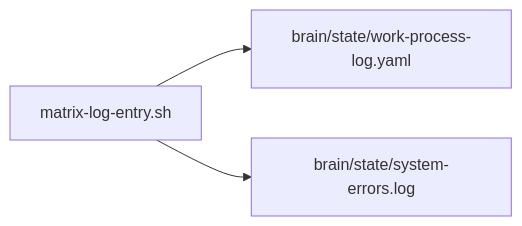
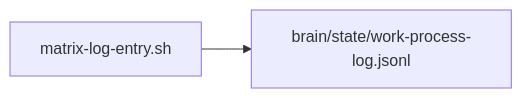
Diagram 22 of 25 in analysis/execution_flow.md (elbarril/matrix), drawn with Mermaid before and after one commit. The commit also changed other lines of this file and 12 other files, not shown here.

````diff
--- a/analysis/execution_flow.md
+++ b/analysis/execution_flow.md
@@ -818,5 +825,4 @@
 ```mermaid
 graph LR
-    A[matrix-log-entry.sh] --> B[brain/state/work-process-log.yaml]
-    A --> C[brain/state/system-errors.log]
+    A[matrix-log-entry.sh] --> B[brain/state/work-process-log.jsonl]
 ```
````
